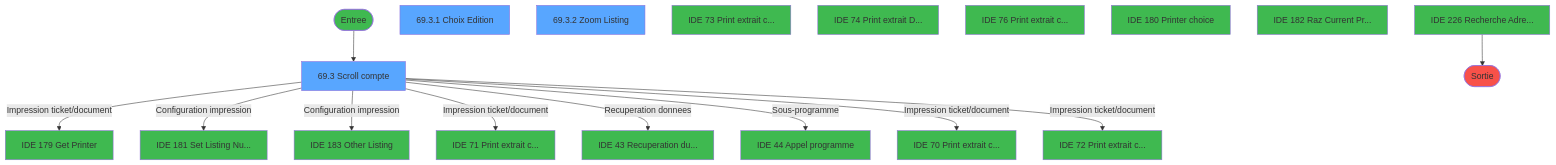
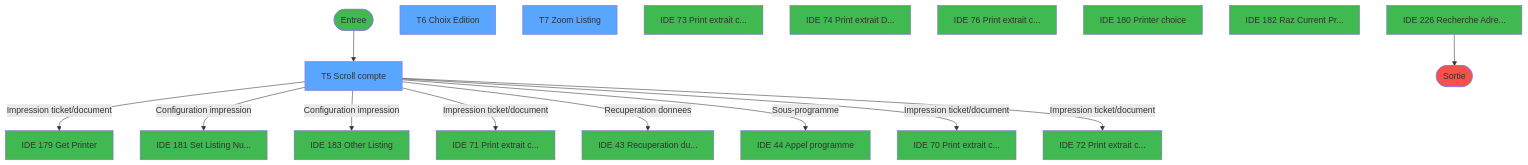
The first of 4 diagrams in .openspec/specs/ADH-IDE-69.md (thonyAGP/lecteur-magic), drawn with Mermaid before and after one commit. The commit also changed other lines of this file and 18 other files, not shown here.

````diff
--- a/.openspec/specs/ADH-IDE-69.md
+++ b/.openspec/specs/ADH-IDE-69.md
@@ -1192,51 +1192,51 @@
 ```mermaid
 flowchart TD
     START([Entree])
     style START fill:#3fb950
-    VF5[69.3 Scroll compte]
+    VF5[T5 Scroll compte]
     style VF5 fill:#58a6ff
-    VF6[69.3.1 Choix Edition]
+    VF6[T6 Choix Edition]
     style VF6 fill:#58a6ff
-    VF7[69.3.2 Zoom Listing]
+    VF7[T7 Zoom Listing]
     style VF7 fill:#58a6ff
     EXT179[IDE 179 Get Printer]
     style EXT179 fill:#3fb950
     EXT181[IDE 181 Set Listing Nu...]
     style EXT181 fill:#3fb950
     EXT183[IDE 183 Other Listing]
     style EXT183 fill:#3fb950
     EXT71[IDE 71 Print extrait c...]
     style EXT71 fill:#3fb950
     EXT43[IDE 43 Recuperation du...]
     style EXT43 fill:#3fb950
     EXT44[IDE 44 Appel programme]
     style EXT44 fill:#3fb950
     EXT70[IDE 70 Print extrait c...]
     style EXT70 fill:#3fb950
     EXT72[IDE 72 Print extrait c...]
     style EXT72 fill:#3fb950
     EXT73[IDE 73 Print extrait c...]
     style EXT73 fill:#3fb950
     EXT74[IDE 74 Print extrait D...]
     style EXT74 fill:#3fb950
     EXT76[IDE 76 Print extrait c...]
     style EXT76 fill:#3fb950
     EXT180[IDE 180 Printer choice]
     style EXT180 fill:#3fb950
     EXT182[IDE 182 Raz Current Pr...]
     style EXT182 fill:#3fb950
     EXT226[IDE 226 Recherche Adre...]
     style EXT226 fill:#3fb950
     FIN([Sortie])
     style FIN fill:#f85149
     START --> VF5
     VF5 -->|Impression ticket/document| EXT179
     VF5 -->|Configuration impression| EXT181
     VF5 -->|Configuration impression| EXT183
     VF5 -->|Impression ticket/document| EXT71
     VF5 -->|Recuperation donnees| EXT43
     VF5 -->|Sous-programme| EXT44
     VF5 -->|Impression ticket/document| EXT70
     VF5 -->|Impression ticket/document| EXT72
     EXT226 --> FIN
 ```
````
